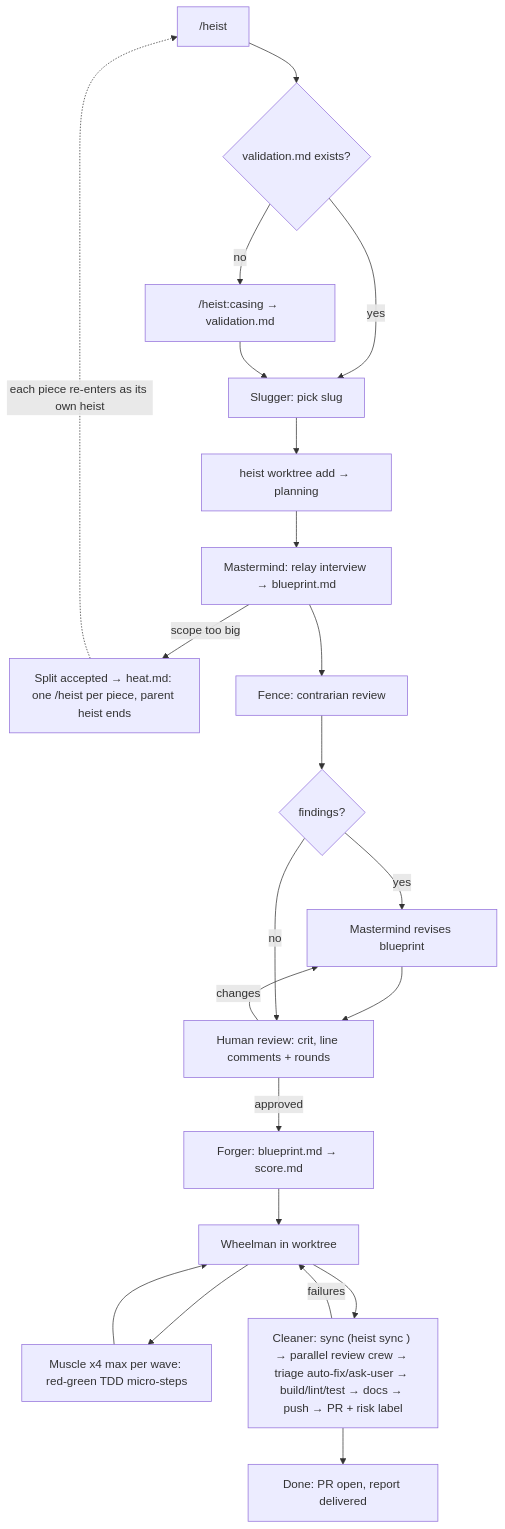
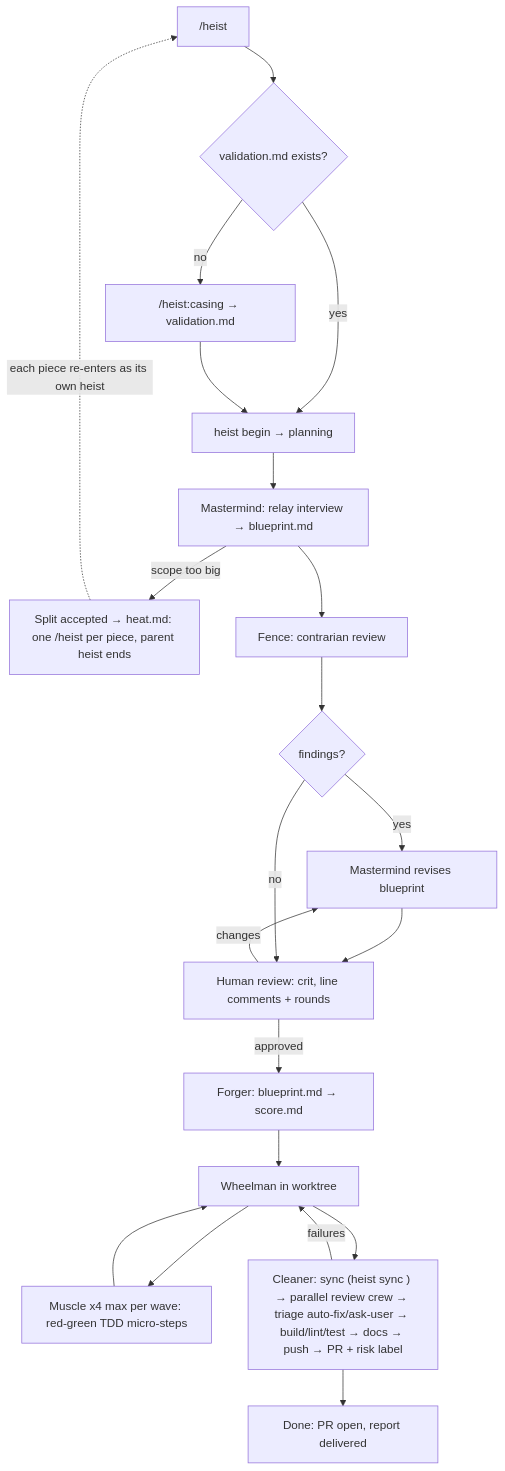
One commit to GMadorell/heist changed the diagram in README.md. Above: the diagram before and after it, drawn with Mermaid. The commit also changed other lines of this file and 27 other files, not shown here.

First line of the commit message:
add heist begin: atomic slug/state/worktree launch, drop Slugger (#19)

````diff
--- a/README.md
+++ b/README.md
@@ -24,23 +24,22 @@
 ```mermaid
 flowchart TD
     A["/heist <slug>"] --> B{validation.md exists?}
     B -- no --> C["/heist:casing → validation.md"]
-    B -- yes --> S[Slugger: pick slug]
-    C --> S
-    S --> I["heist worktree add → planning"]
+    B -- yes --> I["heist begin → planning"]
+    C --> I
     I --> D[Mastermind: relay interview → blueprint.md]
     D -- scope too big --> SP["Split accepted → heat.md: one /heist per piece, parent heist ends"]
     SP -. each piece re-enters as its own heist .-> A
     D --> E[Fence: contrarian review]
     E --> F{findings?}
     F -- yes --> D2[Mastermind revises blueprint] --> G
     F -- no --> G[Human review: crit, line comments + rounds]
     G -- changes --> D2
     G -- approved --> H[Forger: blueprint.md → score.md]
     H --> J[Wheelman in worktree]
     J --> K[Muscle x4 max per wave: red-green TDD micro-steps]
     K --> J
     J --> L["Cleaner: sync (heist sync <slug>) → parallel review crew → triage auto-fix/ask-user → build/lint/test → docs → push → PR + risk label"]
     L -- failures --> J
     L --> M[Done: PR open, report delivered]
 ```
````
